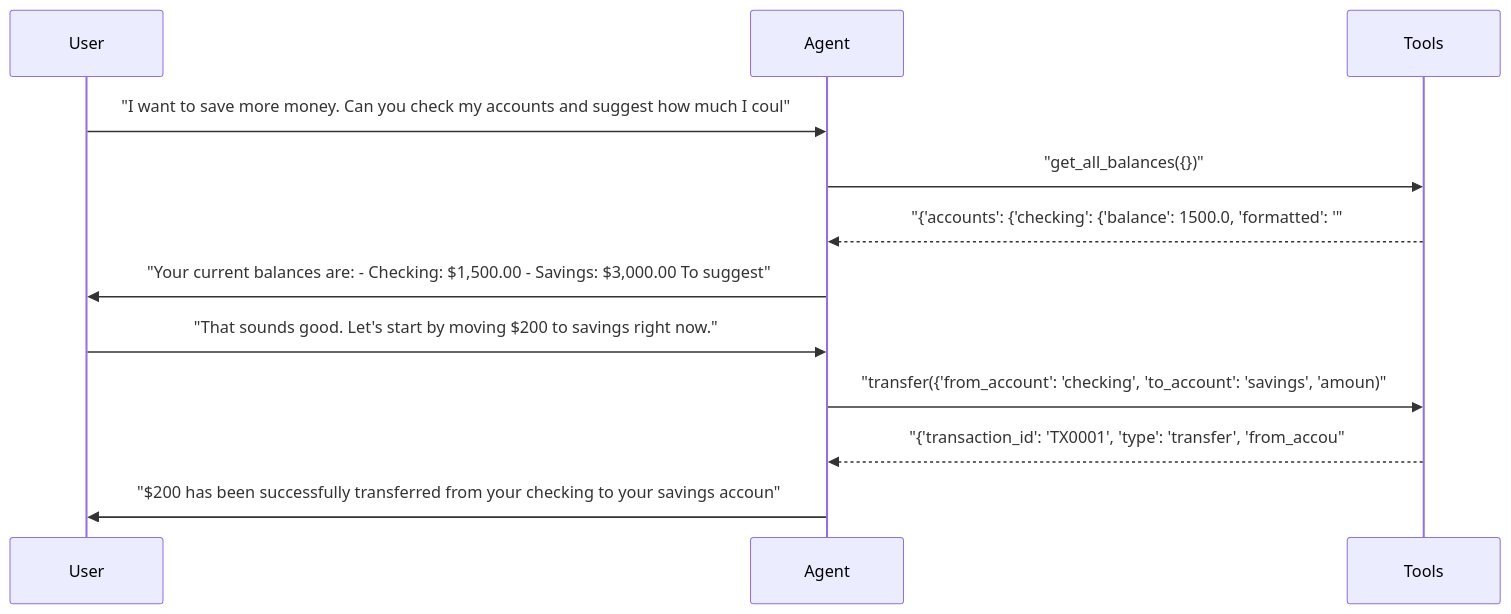
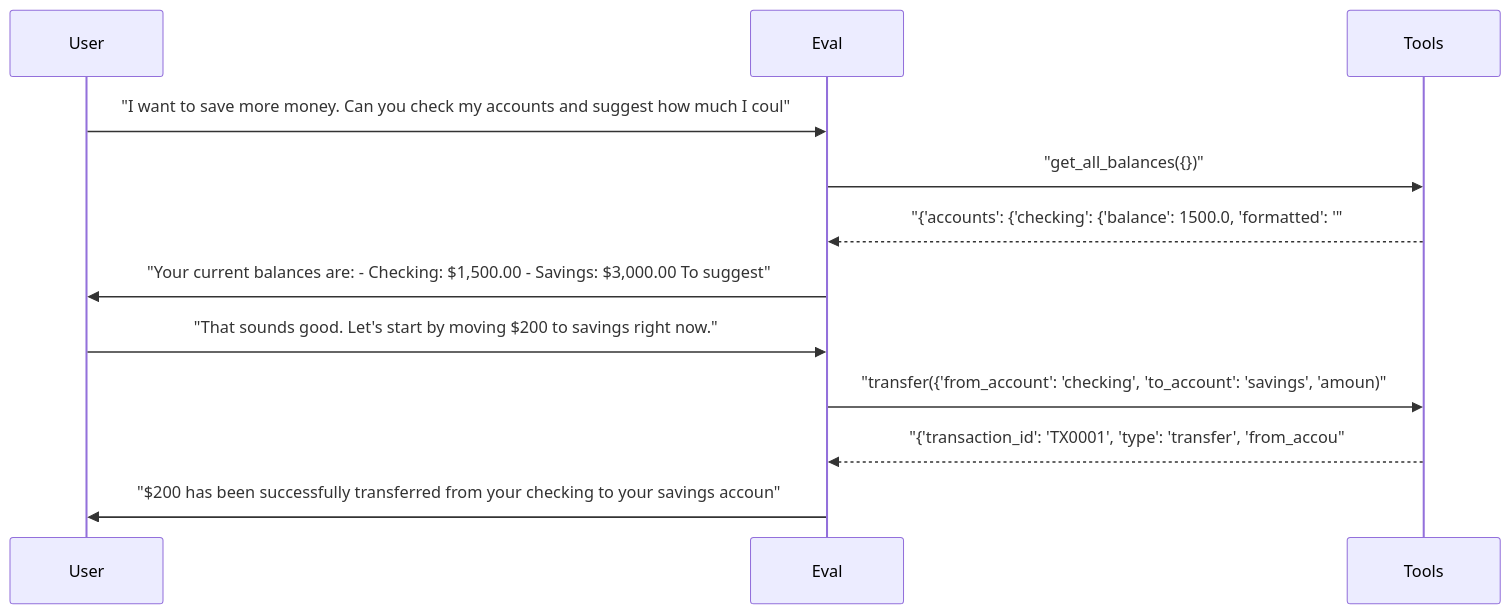
One commit to sbroenne/pytest-skill-engineering changed diagram 14 of 24 in docs/demo/hero-report.md. Above: the diagram before and after it, drawn with Mermaid. The commit also changed other lines of this file and 155 other files, not shown here.

````diff
--- a/docs/demo/hero-report.md
+++ b/docs/demo/hero-report.md
@@ -759,15 +759,15 @@
 ```mermaid
 sequenceDiagram
     participant User
-    participant Agent
+    participant Eval
     participant Tools
 
-    User->>Agent: "I want to save more money. Can you check my accounts and suggest how much I coul"
-    Agent->>Tools: "get_all_balances({})"
-    Tools-->>Agent: "{'accounts': {'checking': {'balance': 1500.0, 'formatted': '"
-    Agent->>User: "Your current balances are: - Checking: $1,500.00 - Savings: $3,000.00 To suggest"
-    User->>Agent: "That sounds good. Let's start by moving $200 to savings right now."
-    Agent->>Tools: "transfer({'from_account': 'checking', 'to_account': 'savings', 'amoun)"
-    Tools-->>Agent: "{'transaction_id': 'TX0001', 'type': 'transfer', 'from_accou"
-    Agent->>User: "$200 has been successfully transferred from your checking to your savings accoun"
+    User->>Eval: "I want to save more money. Can you check my accounts and suggest how much I coul"
+    Eval->>Tools: "get_all_balances({})"
+    Tools-->>Eval: "{'accounts': {'checking': {'balance': 1500.0, 'formatted': '"
+    Eval->>User: "Your current balances are: - Checking: $1,500.00 - Savings: $3,000.00 To suggest"
+    User->>Eval: "That sounds good. Let's start by moving $200 to savings right now."
+    Eval->>Tools: "transfer({'from_account': 'checking', 'to_account': 'savings', 'amoun)"
+    Tools-->>Eval: "{'transaction_id': 'TX0001', 'type': 'transfer', 'from_accou"
+    Eval->>User: "$200 has been successfully transferred from your checking to your savings accoun"
 ```
````
